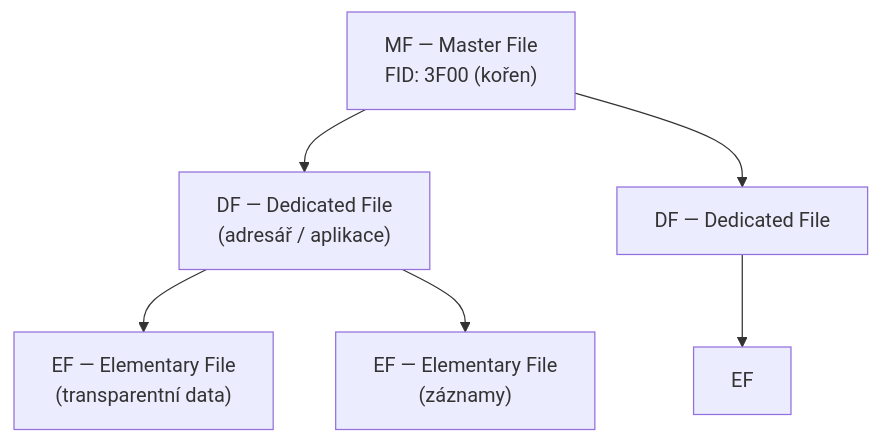
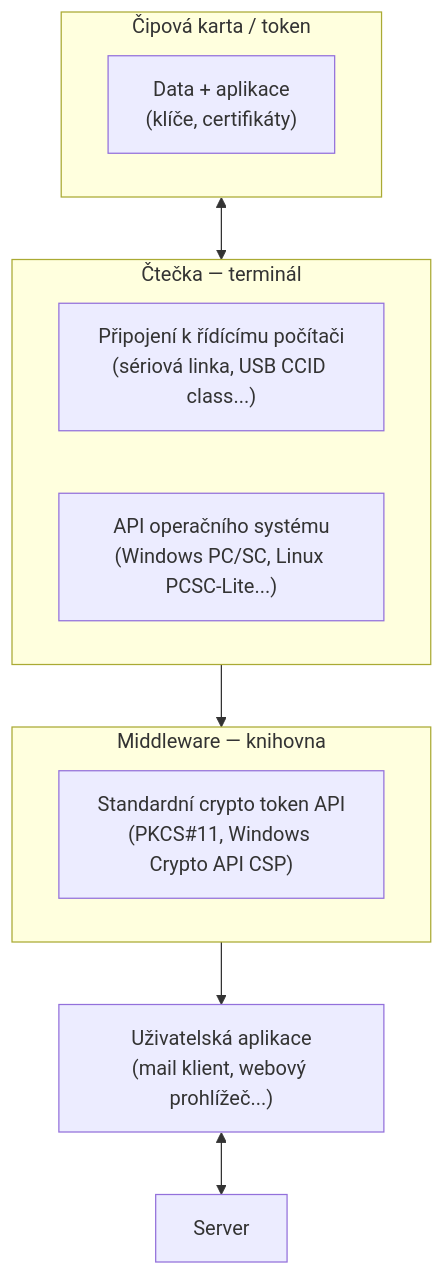
The diagram in docs/skripta/11-cipove-karty.md (MatuskaDev/CTU-KAB-Study-Material), drawn with Mermaid before and after one commit. The commit also changed other lines of this file and 277 other files, not shown here.

````diff
--- a/docs/skripta/11-cipove-karty.md
+++ b/docs/skripta/11-cipove-karty.md
@@ -82,9 +124,20 @@
 ```mermaid
 flowchart TD
-    MF["MF — Master File\nFID: 3F00 (kořen)"]
-    MF --> DF1["DF — Dedicated File\n(adresář / aplikace)"]
-    MF --> DF2["DF — Dedicated File"]
-    DF1 --> EF1["EF — Elementary File\n(transparentní data)"]
-    DF1 --> EF2["EF — Elementary File\n(záznamy)"]
-    DF2 --> EF3["EF"]
+    subgraph CARD["Čipová karta / token"]
+        DATA["Data + aplikace\n(klíče, certifikáty)"]
+    end
+    subgraph READER["Čtečka — terminál"]
+        CONN["Připojení k řídícímu počítači\n(sériová linka, USB CCID class...)"]
+        OS_API["API operačního systému\n(Windows PC/SC, Linux PCSC-Lite...)"]
+    end
+    subgraph MIDDLEWARE["Middleware — knihovna"]
+        API["Standardní crypto token API\n(PKCS#11, Windows Crypto API CSP)"]
+    end
+    APP["Uživatelská aplikace\n(mail klient, webový prohlížeč...)"]
+    SERVER["Server"]
+
+    CARD <--> READER
+    READER --> MIDDLEWARE
+    MIDDLEWARE --> APP
+    APP <--> SERVER
 ```
````
